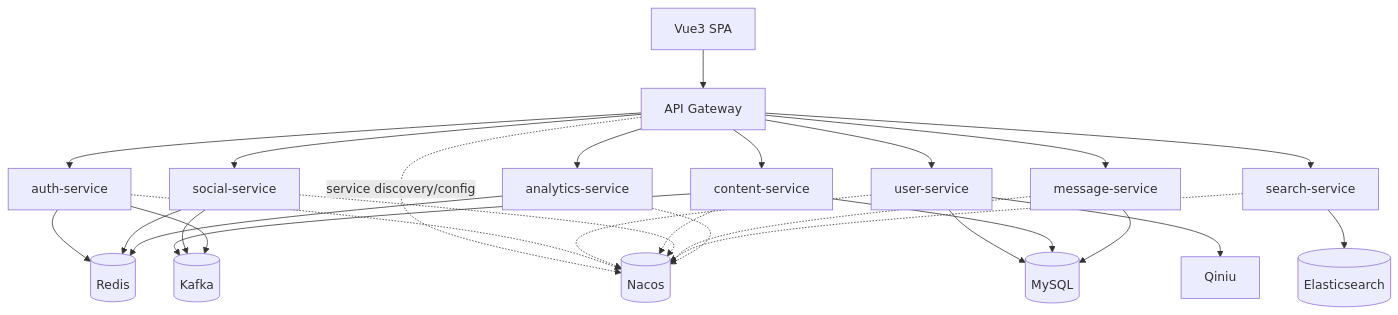
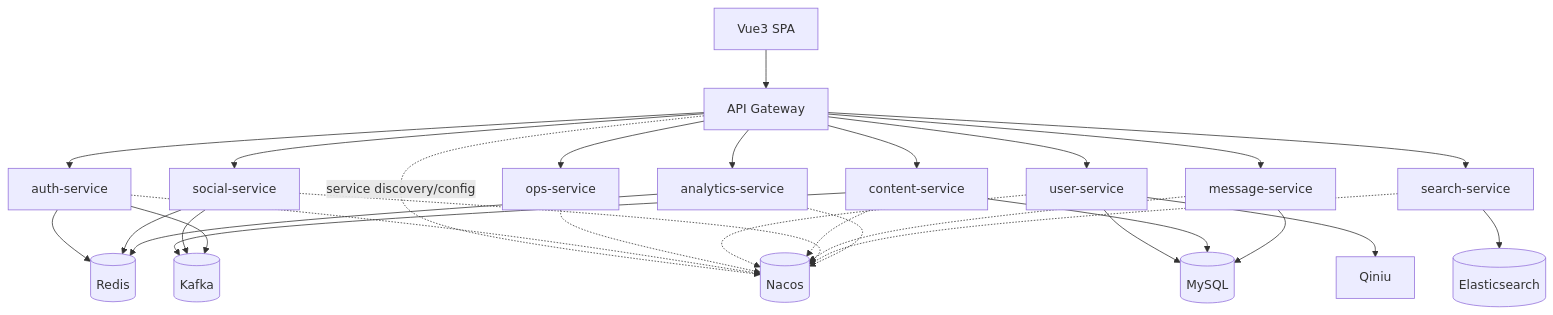
The third of 4 diagrams in helloagents/wiki/arch.md (skt-shinyruo/community), drawn with Mermaid before and after one commit. The commit also changed other lines of this file and 106 other files, not shown here.

Commit message:
feat: modularize contracts; add ops-service; enforce metrics auth fail-closed

````diff
--- a/helloagents/wiki/arch.md
+++ b/helloagents/wiki/arch.md
@@ -83,35 +86,37 @@
 ```mermaid
 flowchart TD
     SPA[Vue3 SPA] --> GW[API Gateway]
     GW --> Auth[auth-service]
+    GW --> Ops[ops-service]
     GW --> User[user-service]
     GW --> Content[content-service]
     GW --> Social[social-service]
     GW --> Msg[message-service]
     GW --> Search[search-service]
     GW --> Ana[analytics-service]
 
     Auth --> Redis[(Redis)]
     Social --> Redis
     Ana --> Redis
 
     User --> MySQL[(MySQL)]
     Content --> MySQL
     Msg --> MySQL
 
     Content --> Kafka[(Kafka)]
     Social --> Kafka
     Auth --> Kafka
 
     Search --> ES[(Elasticsearch)]
     User --> Qiniu[Qiniu]
 
     GW -. service discovery/config .-> Nacos[(Nacos)]
     Auth -.-> Nacos
+    Ops -.-> Nacos
     User -.-> Nacos
     Content -.-> Nacos
     Social -.-> Nacos
     Msg -.-> Nacos
     Search -.-> Nacos
     Ana -.-> Nacos
 ```
````
